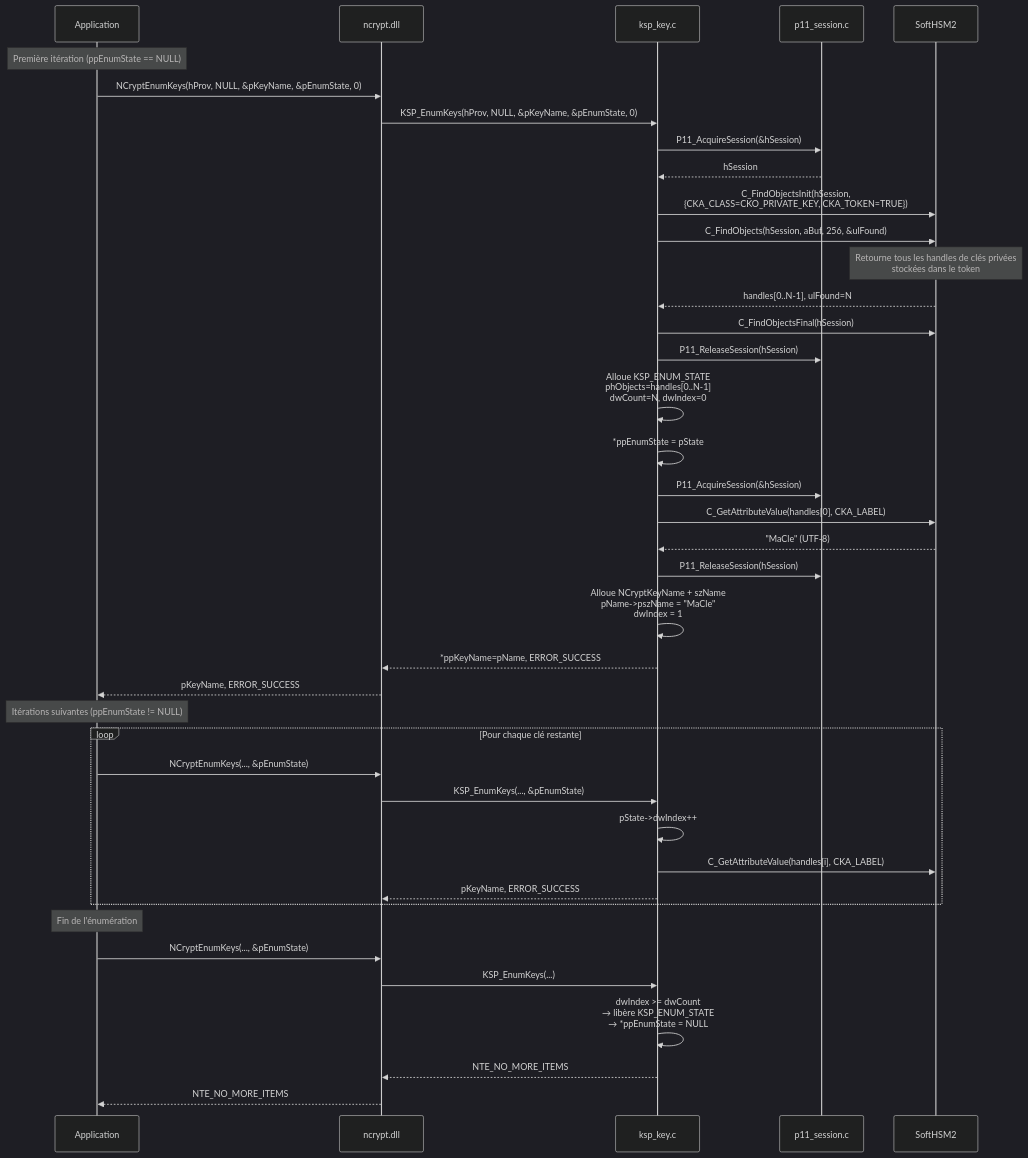
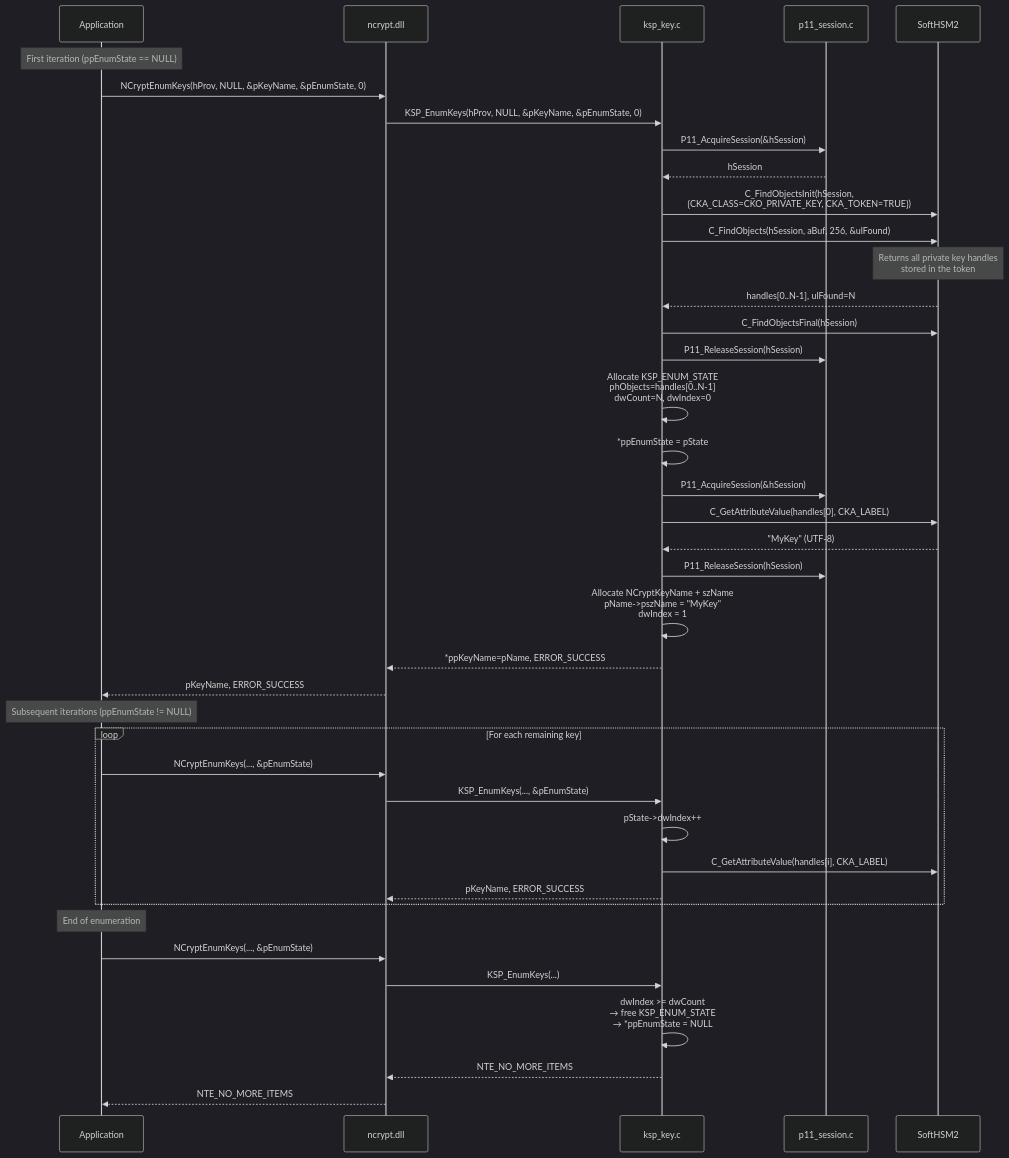
One commit to Gaillotte/Noida changed the fourth of 5 diagrams in softhsm_ksp/docs/03-gestion-cles.md. Above: the diagram before and after it, drawn with Mermaid (dark theme). The commit also changed other lines of this file and 9 other files, not shown here.

````diff
--- a/softhsm_ksp/docs/03-gestion-cles.md
+++ b/softhsm_ksp/docs/03-gestion-cles.md
@@ -155,54 +155,54 @@
 ```mermaid
 sequenceDiagram
     participant App as Application
     participant NCrypt as ncrypt.dll
     participant KSP as ksp_key.c
     participant Session as p11_session.c
     participant HSM as SoftHSM2
 
-    note over App: Première itération (ppEnumState == NULL)
+    note over App: First iteration (ppEnumState == NULL)
 
     App->>NCrypt: NCryptEnumKeys(hProv, NULL, &pKeyName, &pEnumState, 0)
     NCrypt->>KSP: KSP_EnumKeys(hProv, NULL, &pKeyName, &pEnumState, 0)
 
     KSP->>Session: P11_AcquireSession(&hSession)
     Session-->>KSP: hSession
 
     KSP->>HSM: C_FindObjectsInit(hSession,<br/>  {CKA_CLASS=CKO_PRIVATE_KEY, CKA_TOKEN=TRUE})
     KSP->>HSM: C_FindObjects(hSession, aBuf, 256, &ulFound)
-    note over HSM: Retourne tous les handles de clés privées<br/>stockées dans le token
+    note over HSM: Returns all private key handles<br/>stored in the token
     HSM-->>KSP: handles[0..N-1], ulFound=N
     KSP->>HSM: C_FindObjectsFinal(hSession)
     KSP->>Session: P11_ReleaseSession(hSession)
 
-    KSP->>KSP: Alloue KSP_ENUM_STATE<br/>phObjects=handles[0..N-1]<br/>dwCount=N, dwIndex=0
+    KSP->>KSP: Allocate KSP_ENUM_STATE<br/>phObjects=handles[0..N-1]<br/>dwCount=N, dwIndex=0
     KSP->>KSP: *ppEnumState = pState
 
     KSP->>Session: P11_AcquireSession(&hSession)
     KSP->>HSM: C_GetAttributeValue(handles[0], CKA_LABEL)
-    HSM-->>KSP: "MaCle" (UTF-8)
+    HSM-->>KSP: "MyKey" (UTF-8)
     KSP->>Session: P11_ReleaseSession(hSession)
 
-    KSP->>KSP: Alloue NCryptKeyName + szName<br/>pName->pszName = "MaCle"<br/>dwIndex = 1
+    KSP->>KSP: Allocate NCryptKeyName + szName<br/>pName->pszName = "MyKey"<br/>dwIndex = 1
 
     KSP-->>NCrypt: *ppKeyName=pName, ERROR_SUCCESS
     NCrypt-->>App: pKeyName, ERROR_SUCCESS
 
-    note over App: Itérations suivantes (ppEnumState != NULL)
+    note over App: Subsequent iterations (ppEnumState != NULL)
 
-    loop Pour chaque clé restante
+    loop For each remaining key
         App->>NCrypt: NCryptEnumKeys(..., &pEnumState)
         NCrypt->>KSP: KSP_EnumKeys(..., &pEnumState)
         KSP->>KSP: pState->dwIndex++
         KSP->>HSM: C_GetAttributeValue(handles[i], CKA_LABEL)
         KSP-->>NCrypt: pKeyName, ERROR_SUCCESS
     end
 
-    note over App: Fin de l'énumération
+    note over App: End of enumeration
 
     App->>NCrypt: NCryptEnumKeys(..., &pEnumState)
     NCrypt->>KSP: KSP_EnumKeys(...)
-    KSP->>KSP: dwIndex >= dwCount<br/>→ libère KSP_ENUM_STATE<br/>→ *ppEnumState = NULL
+    KSP->>KSP: dwIndex >= dwCount<br/>→ free KSP_ENUM_STATE<br/>→ *ppEnumState = NULL
     KSP-->>NCrypt: NTE_NO_MORE_ITEMS
     NCrypt-->>App: NTE_NO_MORE_ITEMS
 ```
````
